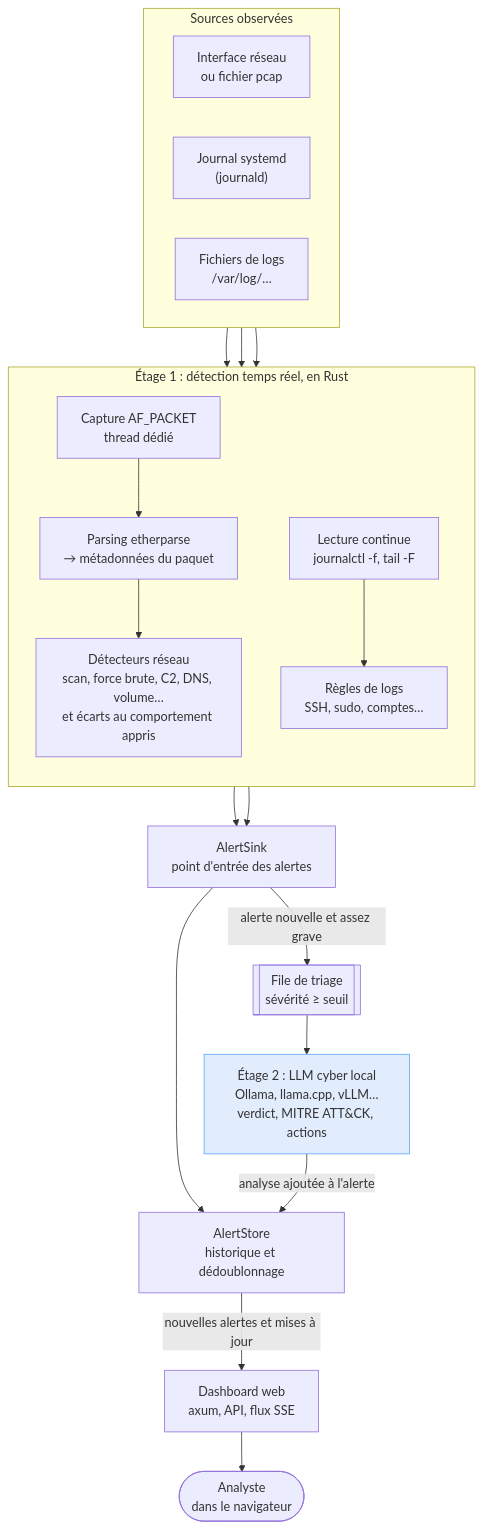
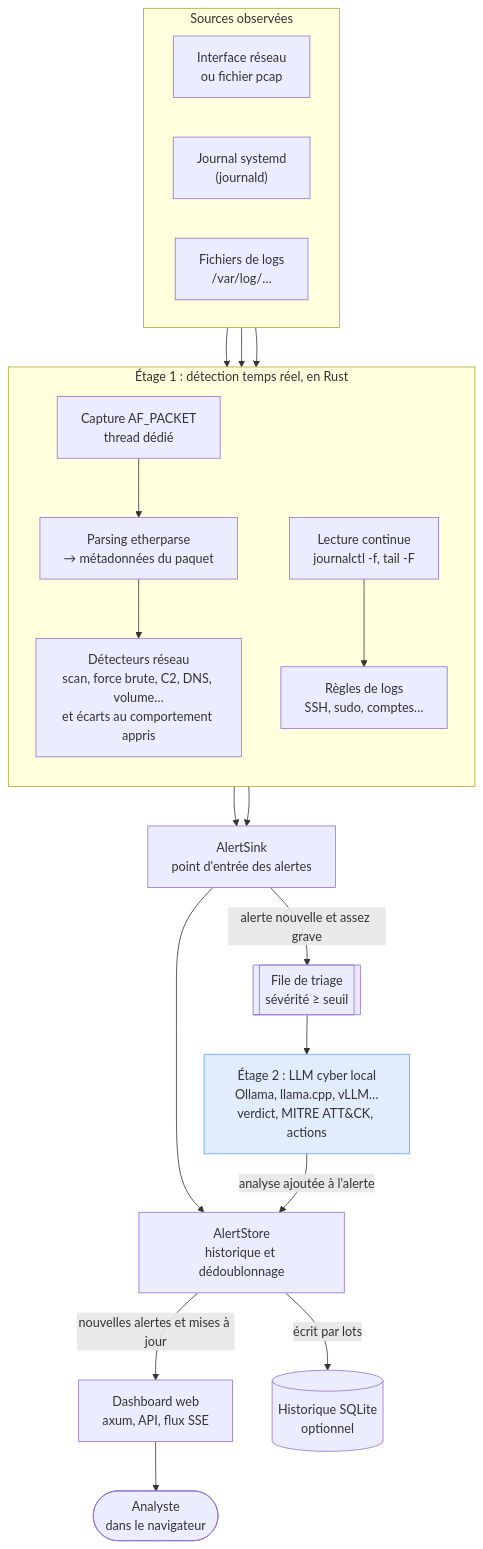
One commit to jprecigout/cyward changed the first of 2 diagrams in README.md. Above: the diagram before and after it, drawn with Mermaid. The commit also changed other lines of this file and 1 other file, not shown here.

First line of the commit message:
docs: exiger des diagrammes Mermaid et convertir les schémas ASCII

````diff
--- a/README.md
+++ b/README.md
@@ -37,37 +37,39 @@
 ```mermaid
 flowchart TB
     subgraph SRC["Sources observées"]
         direction LR
         NET["Interface réseau<br/>ou fichier pcap"]
         JRN["Journal systemd<br/>(journald)"]
         FIC["Fichiers de logs<br/>/var/log/…"]
     end
 
     subgraph E1["Étage 1 : détection temps réel, en Rust"]
         direction TB
         CAP["Capture AF_PACKET<br/>thread dédié"]
         PAR["Parsing etherparse<br/>→ métadonnées du paquet"]
         DET["Détecteurs réseau<br/>scan, force brute, C2, DNS, volume…<br/>et écarts au comportement appris"]
         LEC["Lecture continue<br/>journalctl -f, tail -F"]
         REG["Règles de logs<br/>SSH, sudo, comptes…"]
     end
 
     SINK["AlertSink<br/>point d'entrée des alertes"]
     STORE["AlertStore<br/>historique et dédoublonnage"]
     FILE[["File de triage<br/>sévérité ≥ seuil"]]
     LLM["Étage 2 : LLM cyber local<br/>Ollama, llama.cpp, vLLM…<br/>verdict, MITRE ATT&CK, actions"]
     WEB["Dashboard web<br/>axum, API, flux SSE"]
+    HIST[("Historique SQLite<br/>optionnel")]
     USER(["Analyste<br/>dans le navigateur"])
 
     NET --> CAP --> PAR --> DET --> SINK
     JRN --> LEC
     FIC --> LEC
     LEC --> REG --> SINK
     SINK --> STORE
     SINK -- "alerte nouvelle et assez grave" --> FILE --> LLM
     LLM -- "analyse ajoutée à l'alerte" --> STORE
     STORE -- "nouvelles alertes et mises à jour" --> WEB --> USER
+    STORE -- "écrit par lots" --> HIST
 
     classDef etage2 fill:#1f6feb22,stroke:#58a6ff
     class LLM etage2
 ```
````
